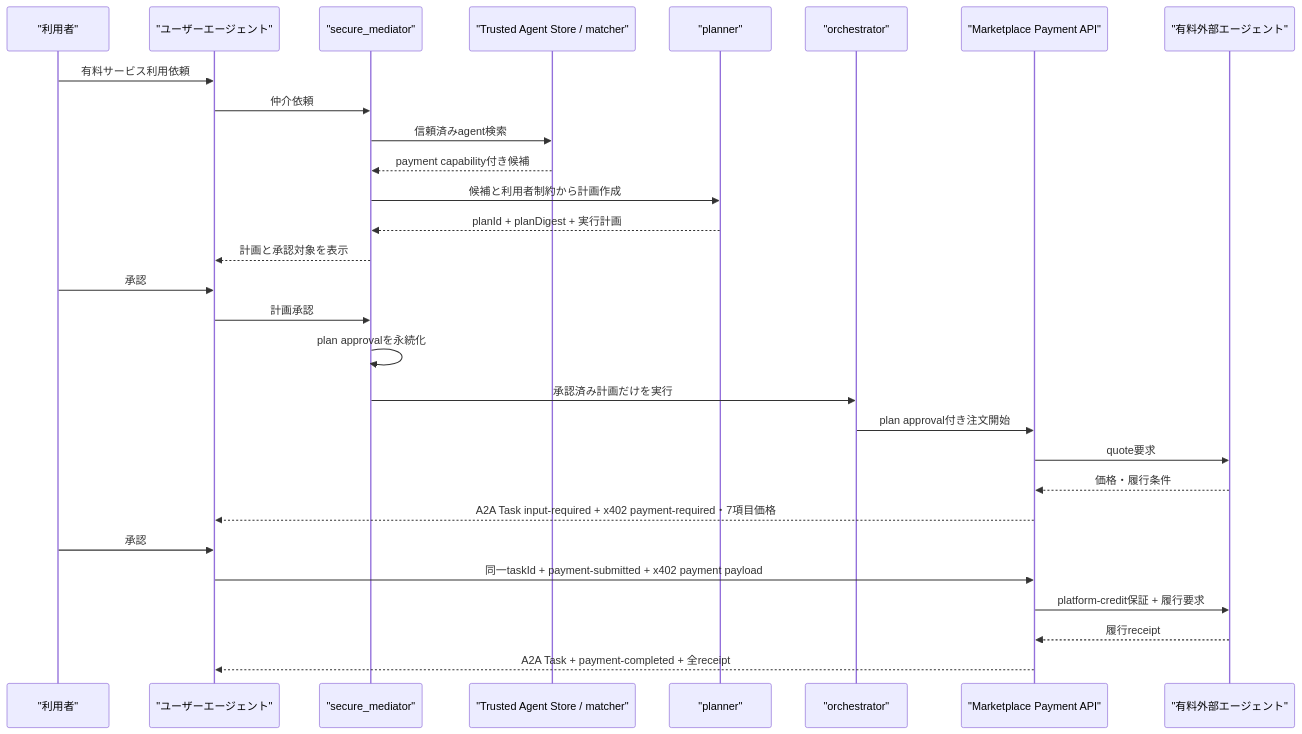
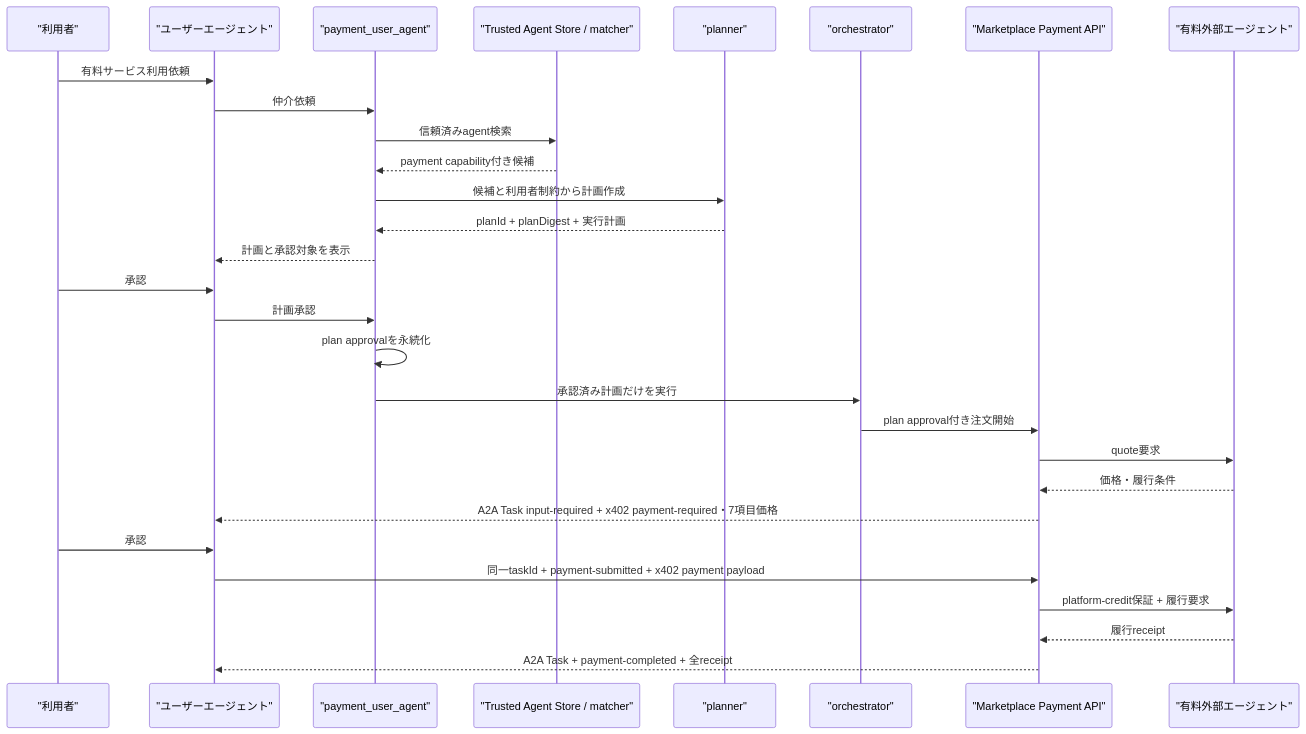
One commit to TaichiHiromatsu/secure-ai-agent-matching-platform changed the second of 3 diagrams in docs/AP2_X402_PLAN_APPROVAL_HANDOFF.md. Above: the diagram before and after it, drawn with Mermaid. The commit also changed other lines of this file and 120 other files, not shown here.

````diff
--- a/docs/AP2_X402_PLAN_APPROVAL_HANDOFF.md
+++ b/docs/AP2_X402_PLAN_APPROVAL_HANDOFF.md
@@ -104,32 +106,32 @@
 ```mermaid
 sequenceDiagram
     participant U as "利用者"
     participant UA as "ユーザーエージェント"
-    participant M as "secure_mediator"
+    participant M as "payment_user_agent"
     participant S as "Trusted Agent Store / matcher"
     participant P as "planner"
     participant O as "orchestrator"
     participant PAY as "Marketplace Payment API"
     participant E as "有料外部エージェント"
 
     U->>UA: 有料サービス利用依頼
     UA->>M: 仲介依頼
     M->>S: 信頼済みagent検索
     S-->>M: payment capability付き候補
     M->>P: 候補と利用者制約から計画作成
     P-->>M: planId + planDigest + 実行計画
     M-->>UA: 計画と承認対象を表示
     U->>UA: 承認
     UA->>M: 計画承認
     M->>M: plan approvalを永続化
     M->>O: 承認済み計画だけを実行
     O->>PAY: plan approval付き注文開始
     PAY->>E: quote要求
     E-->>PAY: 価格・履行条件
     PAY-->>UA: A2A Task input-required + x402 payment-required・7項目価格
     U->>UA: 承認
     UA->>PAY: 同一taskId + payment-submitted + x402 payment payload
     PAY->>E: platform-credit保証 + 履行要求
     E-->>PAY: 履行receipt
     PAY-->>UA: A2A Task + payment-completed + 全receipt
 ```
````
